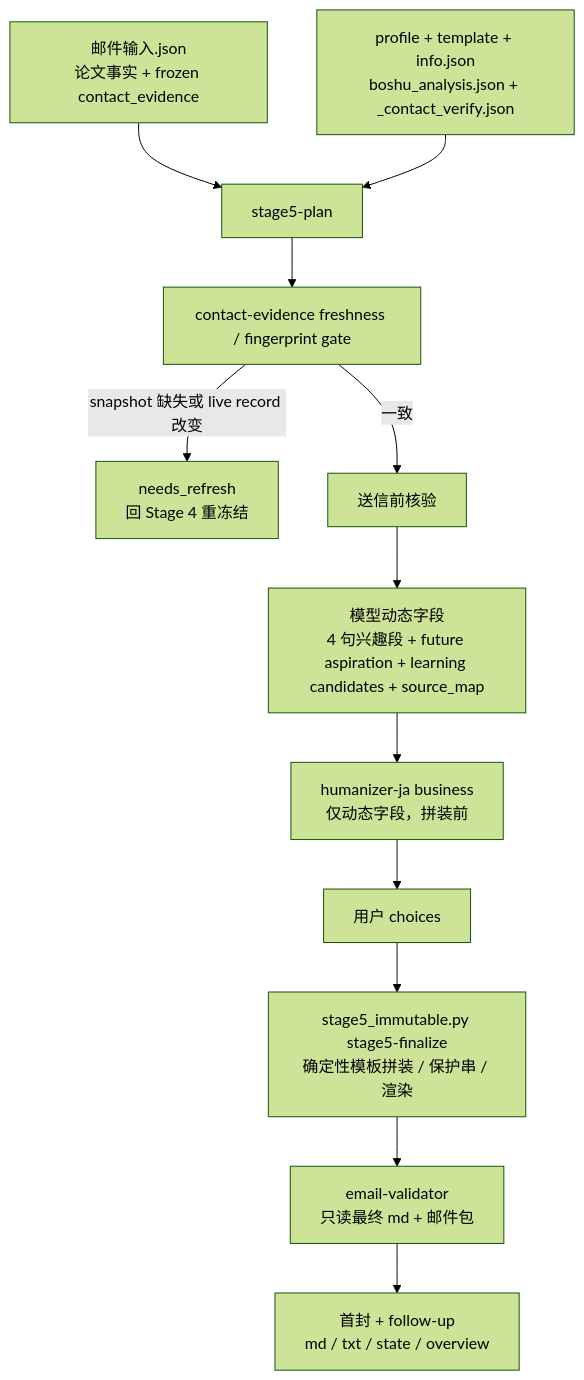
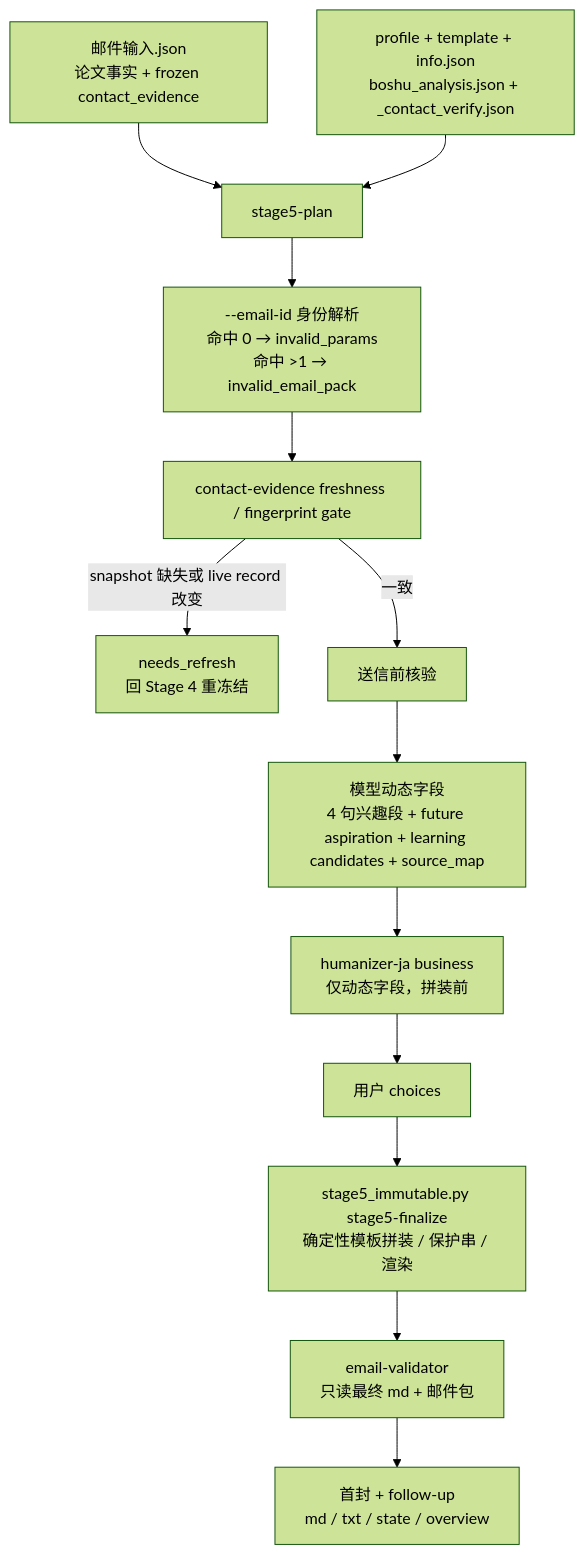
One commit to ScholarWorkflow/professor-contact changed the seventh of 10 diagrams in .apm/skills/professor-contact/docs/workflow-reference.md. Above: the diagram before and after it, drawn with Mermaid (forest theme). The commit also changed other lines of this file and 6 other files, not shown here.

First line of the commit message:
feat: make --email-id a hard stage-5 execution scope

````diff
--- a/.apm/skills/professor-contact/docs/workflow-reference.md
+++ b/.apm/skills/professor-contact/docs/workflow-reference.md
@@ -249,21 +249,23 @@
 ```mermaid
 flowchart TD
     MAIL["邮件输入.json<br/>论文事实 + frozen contact_evidence"]
     EXTRA["profile + template + info.json<br/>boshu_analysis.json + _contact_verify.json"]
     PLAN["stage5-plan"]
+    SCOPE["--email-id 身份解析<br/>命中 0 → invalid_params<br/>命中 >1 → invalid_email_pack"]
     CE["contact-evidence freshness / fingerprint gate"]
     REFRESH["needs_refresh<br/>回 Stage 4 重冻结"]
     VERIFY["送信前核验"]
     MODEL["模型动态字段<br/>4 句兴趣段 + future aspiration + learning candidates + source_map"]
     HUM["humanizer-ja business<br/>仅动态字段，拼装前"]
     CHOICE["用户 choices"]
     ASM["stage5_immutable.py stage5-finalize<br/>确定性模板拼装 / 保护串 / 渲染"]
     VAL["email-validator<br/>只读最终 md + 邮件包"]
     OUT["首封 + follow-up<br/>md / txt / state / overview"]
 
     MAIL --> PLAN
     EXTRA --> PLAN
-    PLAN --> CE
+    PLAN --> SCOPE
+    SCOPE --> CE
     CE -->|"snapshot 缺失或 live record 改变"| REFRESH
     CE -->|"一致"| VERIFY --> MODEL --> HUM --> CHOICE --> ASM --> VAL --> OUT
 ```
````
